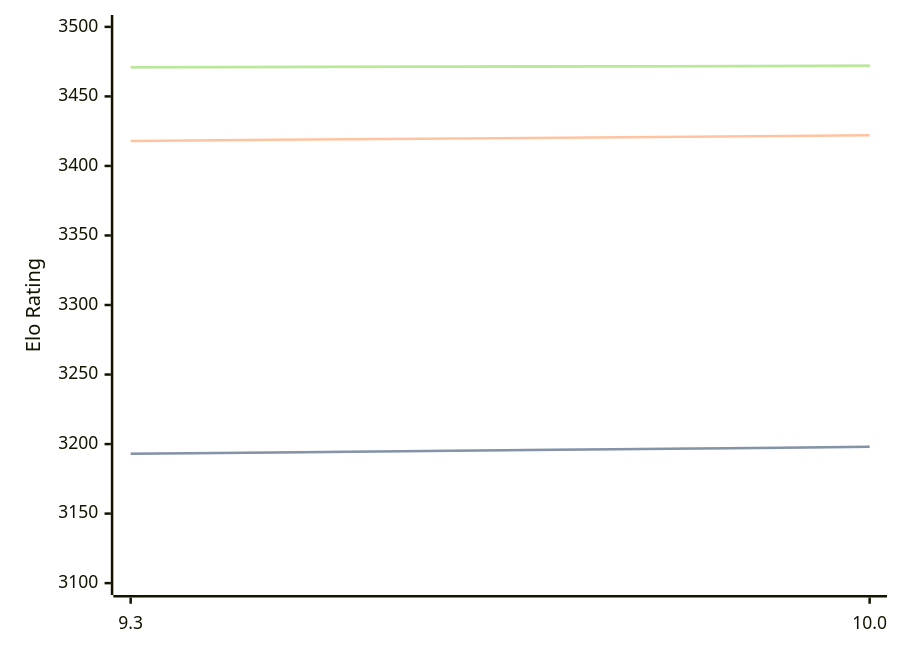
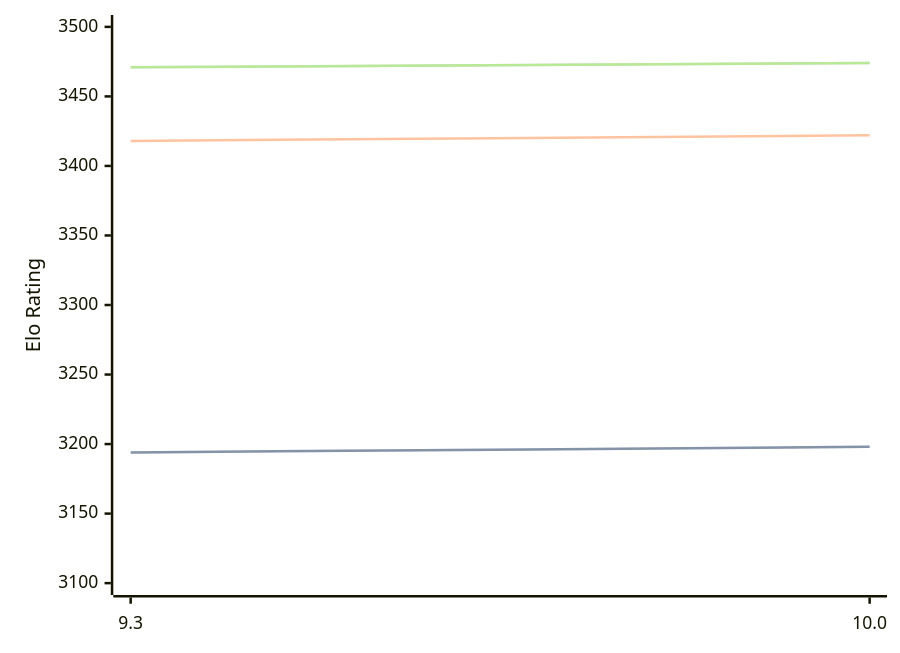
One commit to computer-chess-index/cci changed the diagram in engines/Fire.md. Above: the diagram before and after it, drawn with Mermaid. The commit also changed other lines of this file, not shown here.

Commit message:
Update CCI Ratings (ELO VLTC) - 2026-05-05

````diff
--- a/engines/Fire.md
+++ b/engines/Fire.md
@@ -47,11 +47,11 @@
 ```mermaid
 %%{init: {"theme":"base","themeVariables":{"seriesColors:['#a3a3a3','#222221','#faa371']}}}%%
 xychart-beta
   x-axis ["9.3", "10.0"]
   y-axis "Elo Rating" 3100 --> 3500
-  line "STC (8.0+0.08s)" [3193, 3198]
-  line "STC (8.0+0.08s)" [3193, 3198]
+  line "STC (8.0+0.08s)" [3194, 3198]
+  line "STC (8.0+0.08s)" [3194, 3198]
   line "LTC (60.0+0.60s)" [3418, 3422]
-  line "VLTC (2m24s+1.12s)" [3471, 3472]
-  line "VLTC (2m24s+1.12s)" [3471, 3472]
+  line "VLTC (2m24s+1.12s)" [3471, 3474]
+  line "VLTC (2m24s+1.12s)" [3471, 3474]
 ```
````
